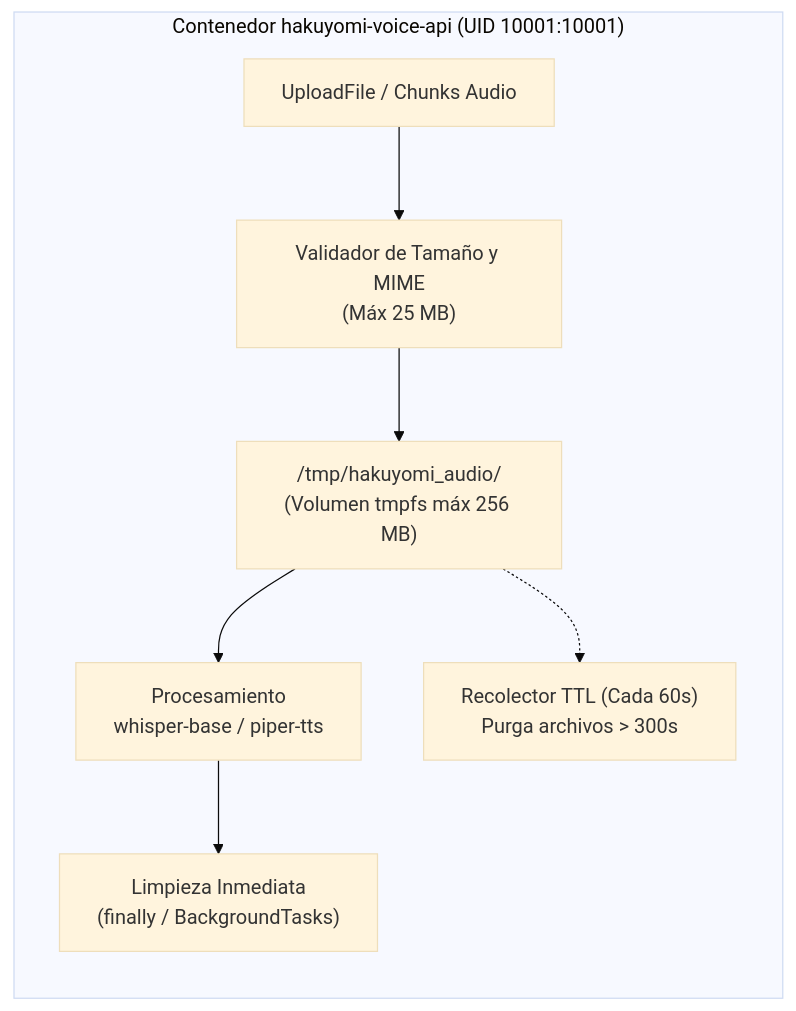
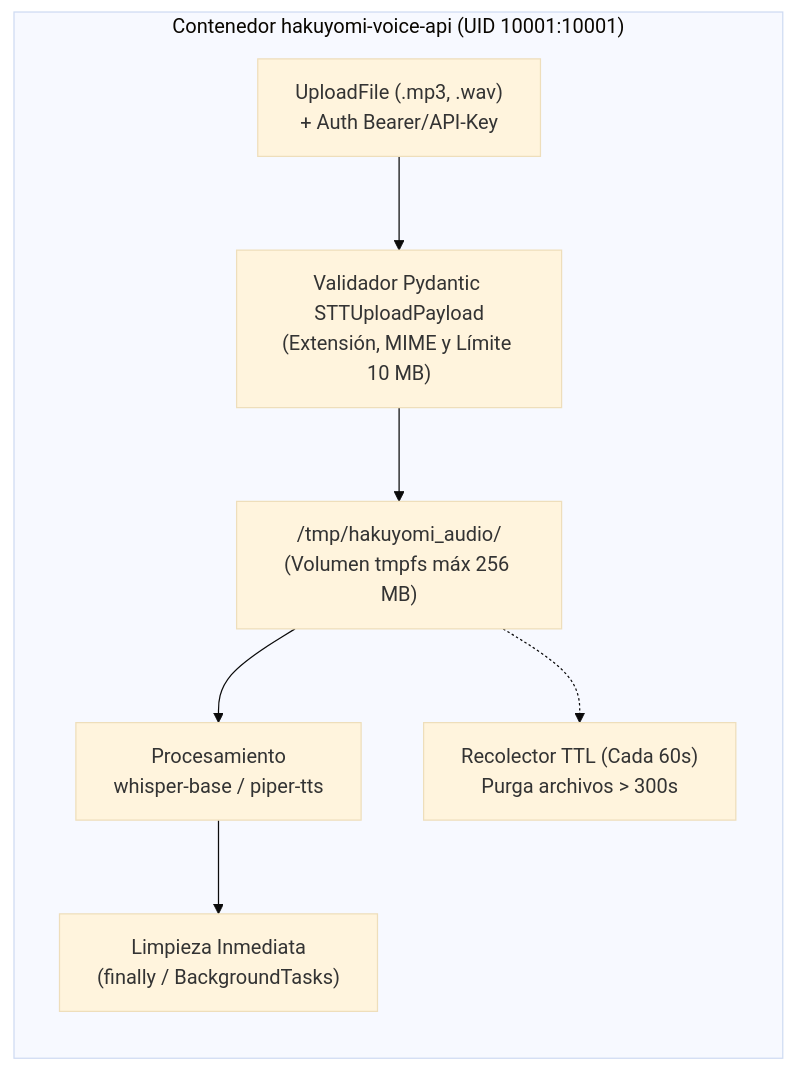
One commit to FenixDev3000/hakuyomi-voice-api changed the second of 2 diagrams in docs/DISENO.md. Above: the diagram before and after it, drawn with Mermaid (base theme). The commit also changed other lines of this file and 9 other files, not shown here.

````diff
--- a/docs/DISENO.md
+++ b/docs/DISENO.md
@@ -90,10 +86,10 @@
 ```mermaid
 flowchart LR
     subgraph Contenedor["Contenedor hakuyomi-voice-api (UID 10001:10001)"]
-        A["UploadFile / Chunks Audio"] --> B["Validador de Tamaño y MIME\n(Máx 25 MB)"]
+        A["UploadFile (.mp3, .wav)\n+ Auth Bearer/API-Key"] --> B["Validador Pydantic STTUploadPayload\n(Extensión, MIME y Límite 10 MB)"]
         B --> C["/tmp/hakuyomi_audio/\n(Volumen tmpfs máx 256 MB)"]
         C --> D["Procesamiento\nwhisper-base / piper-tts"]
         D --> E["Limpieza Inmediata\n(finally / BackgroundTasks)"]
         C -.-> F["Recolector TTL (Cada 60s)\nPurga archivos > 300s"]
     end
 ```
````
